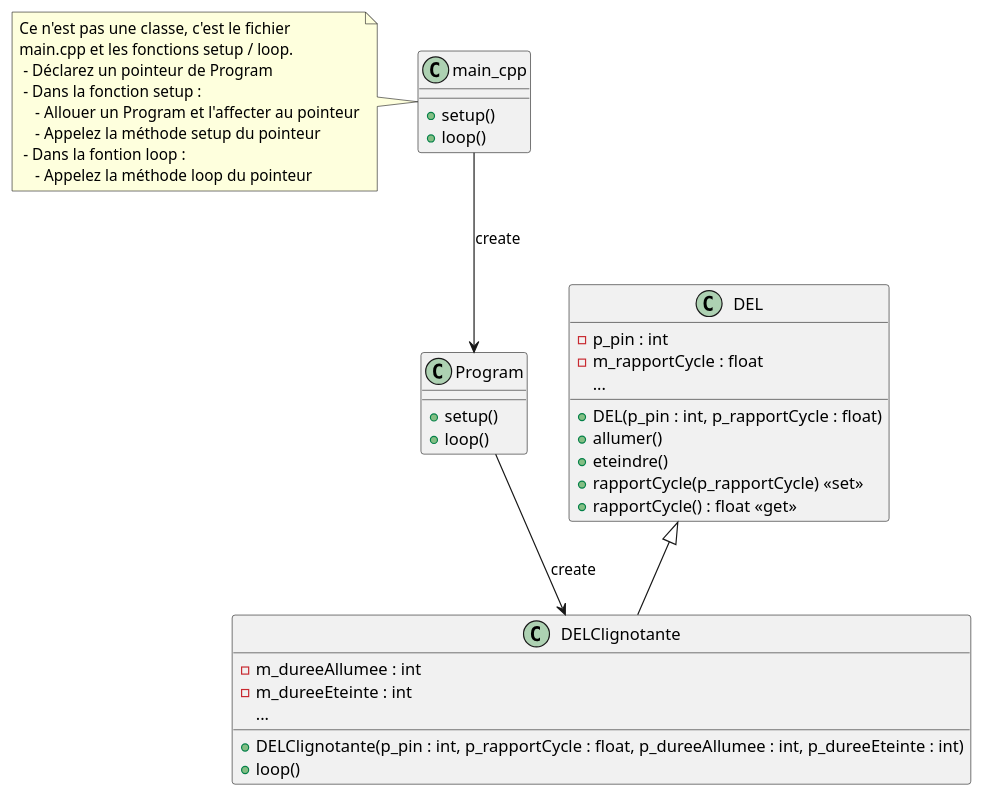
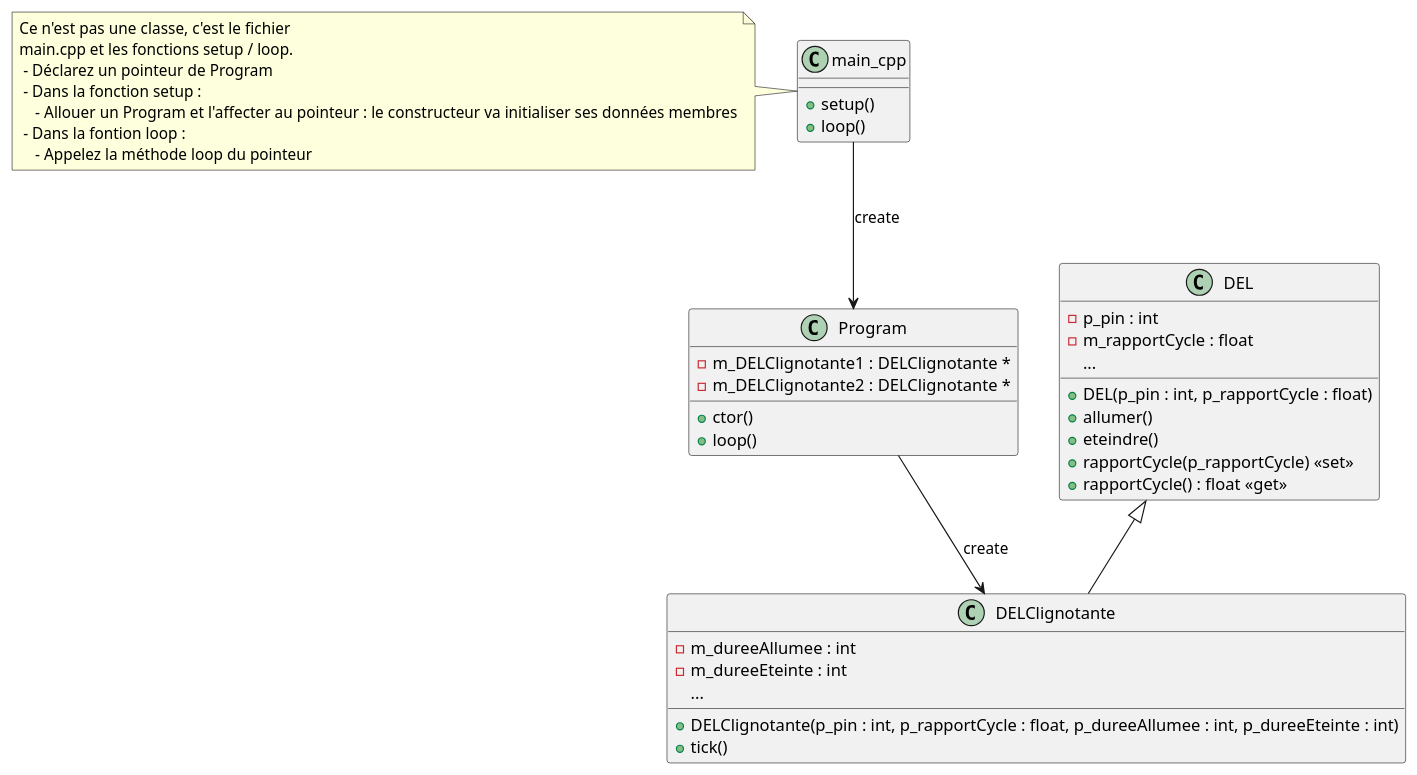
The diagram in Module04_ProgrammationSorties/diag/DELClignotante.wsd (PiFou86/420-W48-SF), drawn with PlantUML before and after one commit.

```diff
--- a/Module04_ProgrammationSorties/diag/DELClignotante.wsd
+++ b/Module04_ProgrammationSorties/diag/DELClignotante.wsd
@@ -1,48 +1,49 @@
 @startuml DELClignotante_diagclasses
 
 class "main_cpp" {
     + setup()
     + loop()
 }
 
 note left of main_cpp 
     Ce n'est pas une classe, c'est le fichier
     main.cpp et les fonctions setup / loop.
      - Déclarez un pointeur de Program
      - Dans la fonction setup : 
-        - Allouer un Program et l'affecter au pointeur
-        - Appelez la méthode setup du pointeur
+        - Allouer un Program et l'affecter au pointeur : le constructeur va initialiser ses données membres
      - Dans la fontion loop :
         - Appelez la méthode loop du pointeur
 end note
 
 class Program {
-    + setup()
+    - m_DELClignotante1 : DELClignotante *
+    - m_DELClignotante2 : DELClignotante *
+    + ctor()
     + loop()
 }
 
 class DEL {
     - p_pin : int
     - m_rapportCycle : float
     ...
     + DEL(p_pin : int, p_rapportCycle : float)
     + allumer()
     + eteindre()
     + rapportCycle(p_rapportCycle) << set >>
     + rapportCycle() : float << get >>
 }
 
 class DELClignotante {
     - m_dureeAllumee : int
     - m_dureeEteinte : int
     ...
     + DELClignotante(p_pin : int, p_rapportCycle : float, p_dureeAllumee : int, p_dureeEteinte : int)
-    + loop()
+    + tick()
 }
 
 main_cpp --> Program : create
 Program --> DELClignotante : create
 
 DEL <|-- DELClignotante
 
 @enduml
```
